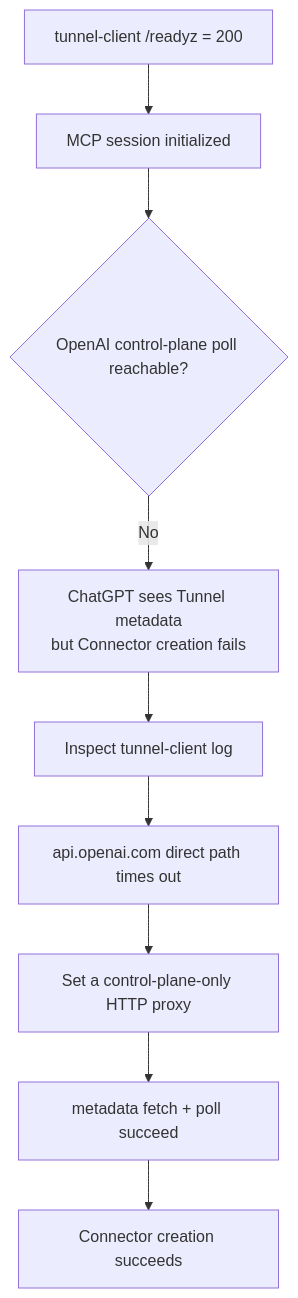
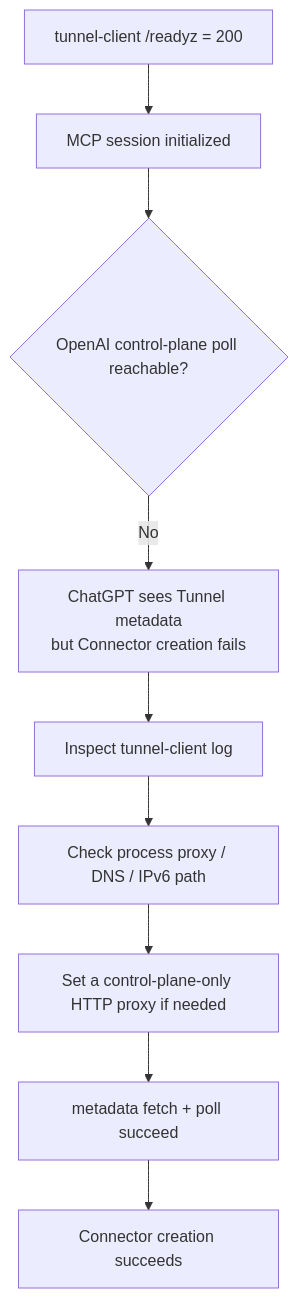
One commit to Link-Start/webcodex_yyjeqhc changed the second of 2 diagrams in docs/WINDOWS_OPENAI_TUNNEL.md. Above: the diagram before and after it, drawn with Mermaid. The commit also changed other lines of this file and 26 other files, not shown here.

````diff
--- a/docs/WINDOWS_OPENAI_TUNNEL.md
+++ b/docs/WINDOWS_OPENAI_TUNNEL.md
@@ -208,11 +166,11 @@
 ```mermaid
 flowchart TD
     A[tunnel-client /readyz = 200] --> B[MCP session initialized]
     B --> C{OpenAI control-plane poll reachable?}
     C -->|No| D[ChatGPT sees Tunnel metadata\nbut Connector creation fails]
     D --> E[Inspect tunnel-client log]
-    E --> F[api.openai.com direct path times out]
-    F --> G[Set a control-plane-only HTTP proxy]
+    E --> F[Check process proxy / DNS / IPv6 path]
+    F --> G[Set a control-plane-only HTTP proxy if needed]
     G --> H[metadata fetch + poll succeed]
     H --> I[Connector creation succeeds]
 ```
````
